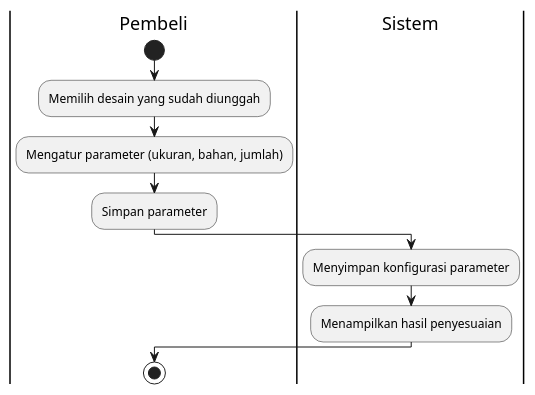
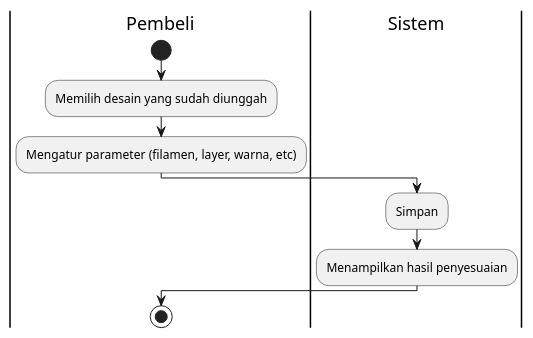
One commit to stnDinus/skpl-rkpl-diagrams changed the diagram in set_print_parameters_activity.puml. Above: the diagram before and after it, drawn with PlantUML.

Commit message:
fix: set print param activity

```diff
--- a/set_print_parameters_activity.puml
+++ b/set_print_parameters_activity.puml
@@ -1,12 +1,11 @@
 @startuml
 |Pembeli|
 start
 :Memilih desain yang sudah diunggah;
-:Mengatur parameter (ukuran, bahan, jumlah);
-:Simpan parameter;
+:Mengatur parameter (filamen, layer, warna, etc);
 |Sistem|
-:Menyimpan konfigurasi parameter;
+:Simpan;
 :Menampilkan hasil penyesuaian;
 |Pembeli|
 stop
 @enduml
```
